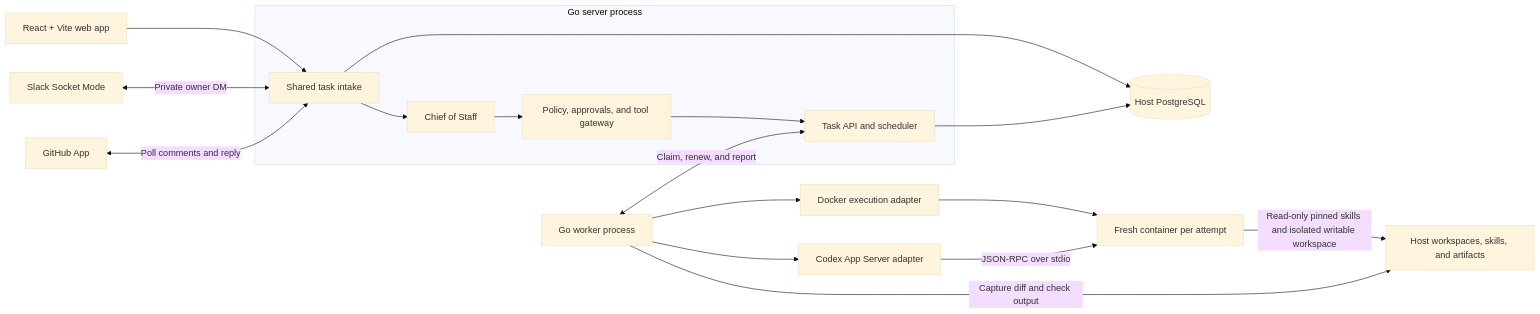
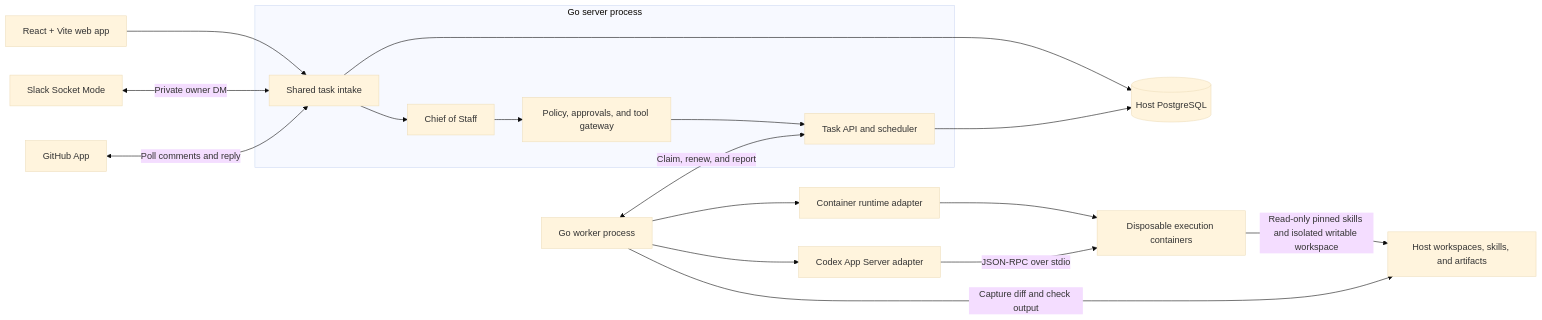
One commit to nep-ai/difqo changed the second of 2 diagrams in docs/architecture.md. Above: the diagram before and after it, drawn with Mermaid (base theme). The commit also changed other lines of this file and 15 other files, not shown here.

First line of the commit message:
Support Docker and native Podman for local Codex execution (#27)

````diff
--- a/docs/architecture.md
+++ b/docs/architecture.md
@@ -56,22 +60,22 @@
 ```mermaid
 flowchart LR
     Browser["React + Vite web app"] --> Intake
     Slack["Slack Socket Mode"] <-->|"Private owner DM"| Intake
     GitHub["GitHub App"] <-->|"Poll comments and reply"| Intake
 
     subgraph Server["Go server process"]
         Intake["Shared task intake"] --> CoS["Chief of Staff"]
         CoS --> Policy["Policy, approvals, and tool gateway"]
         Policy --> TaskAPI["Task API and scheduler"]
     end
 
     Intake --> DB[("Host PostgreSQL")]
     TaskAPI --> DB
     Worker["Go worker process"] <-->|"Claim, renew, and report"| TaskAPI
-    Worker --> Docker["Docker execution adapter"]
+    Worker --> Runtime["Container runtime adapter"]
     Worker --> Codex["Codex App Server adapter"]
-    Docker --> Container["Fresh container per attempt"]
+    Runtime --> Container["Disposable execution containers"]
     Codex -->|"JSON-RPC over stdio"| Container
     Container -->|"Read-only pinned skills and isolated writable workspace"| Host["Host workspaces, skills, and artifacts"]
     Worker -->|"Capture diff and check output"| Host
 ```
````
